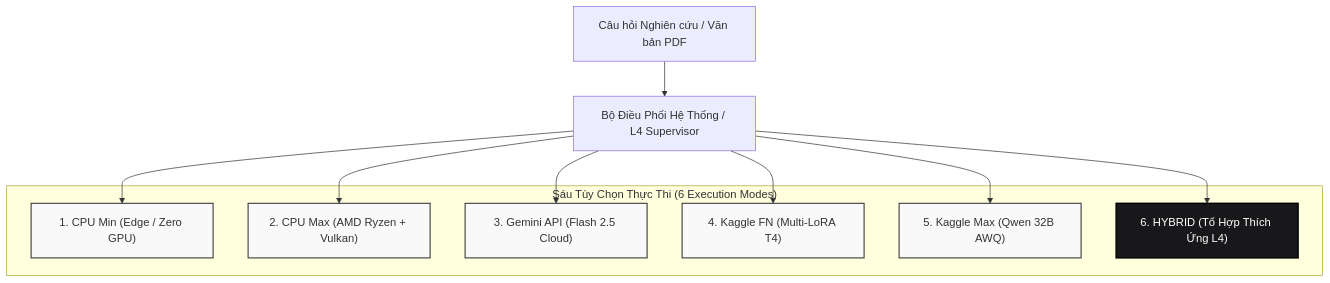
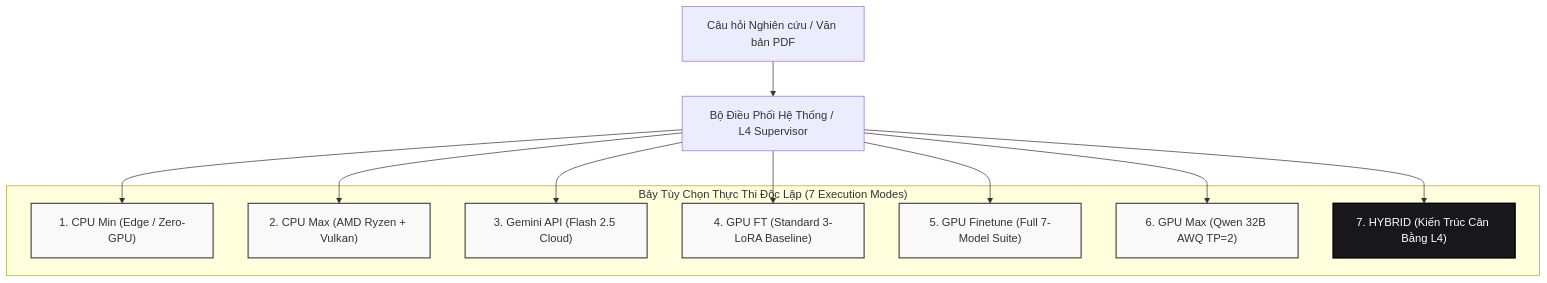
The first of 3 diagrams in README.md (ducmanh-jr/Multi-Agent_RAG), drawn with Mermaid before and after one commit. The commit also changed other lines of this file and 19 other files, not shown here.

Commit message:
docs: standardize technical monographs and architecture documentation across 7 execution modes

````diff
--- a/README.md
+++ b/README.md
@@ -81,23 +81,25 @@
 ```mermaid
 graph TD
     classDef modeBox fill:#f9f9f9,stroke:#333,stroke-width:1.5px;
     classDef hybridBox fill:#18181b,color:#fff,stroke:#000,stroke-width:2px;
 
     UserQ["Câu hỏi Nghiên cứu / Văn bản PDF"] --> Supervisor["Bộ Điều Phối Hệ Thống / L4 Supervisor"]
     
-    subgraph SixModes ["Sáu Tùy Chọn Thực Thi (6 Execution Modes)"]
-        M1["1. CPU Min (Edge / Zero GPU)"]:::modeBox
+    subgraph SevenModes ["Bảy Tùy Chọn Thực Thi Độc Lập (7 Execution Modes)"]
+        M1["1. CPU Min (Edge / Zero-GPU)"]:::modeBox
         M2["2. CPU Max (AMD Ryzen + Vulkan)"]:::modeBox
         M3["3. Gemini API (Flash 2.5 Cloud)"]:::modeBox
-        M4["4. Kaggle FN (Multi-LoRA T4)"]:::modeBox
-        M5["5. Kaggle Max (Qwen 32B AWQ)"]:::modeBox
-        M6["6. HYBRID (Tổ Hợp Thích Ứng L4)"]:::hybridBox
+        M4["4. GPU FT (Standard 3-LoRA Baseline)"]:::modeBox
+        M5["5. GPU Finetune (Full 7-Model Suite)"]:::modeBox
+        M6["6. GPU Max (Qwen 32B AWQ TP=2)"]:::modeBox
+        M7["7. HYBRID (Kiến Trúc Cân Bằng L4)"]:::hybridBox
     end
 
     Supervisor --> M1
     Supervisor --> M2
     Supervisor --> M3
     Supervisor --> M4
     Supervisor --> M5
     Supervisor --> M6
+    Supervisor --> M7
 ```
````
